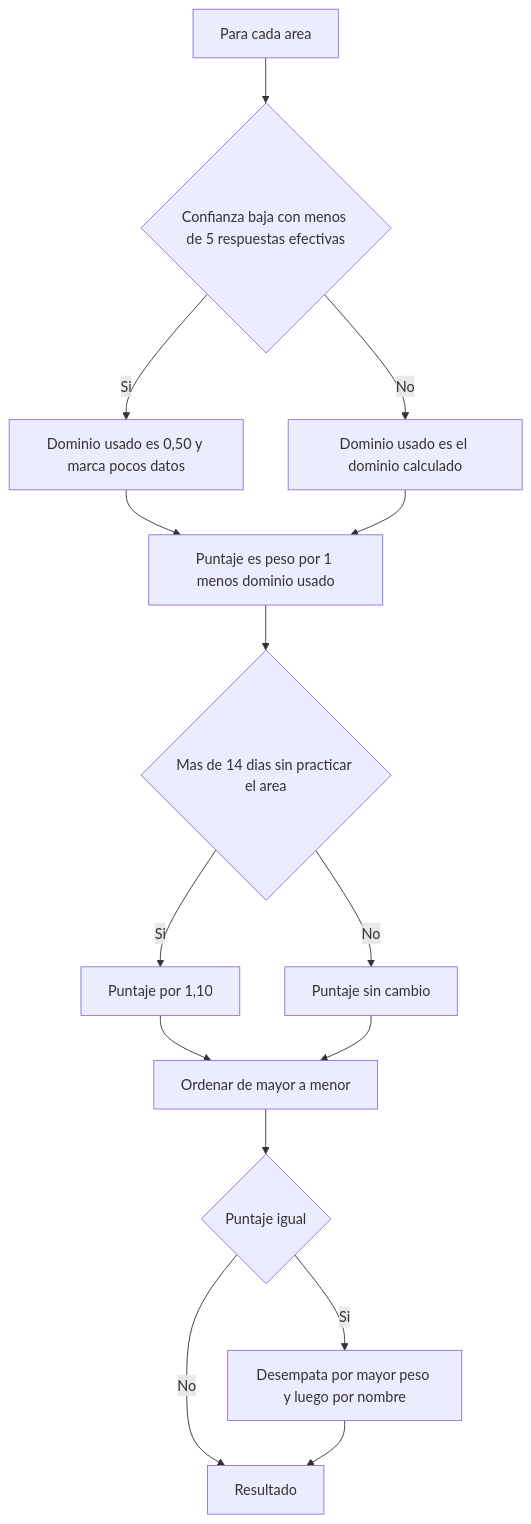
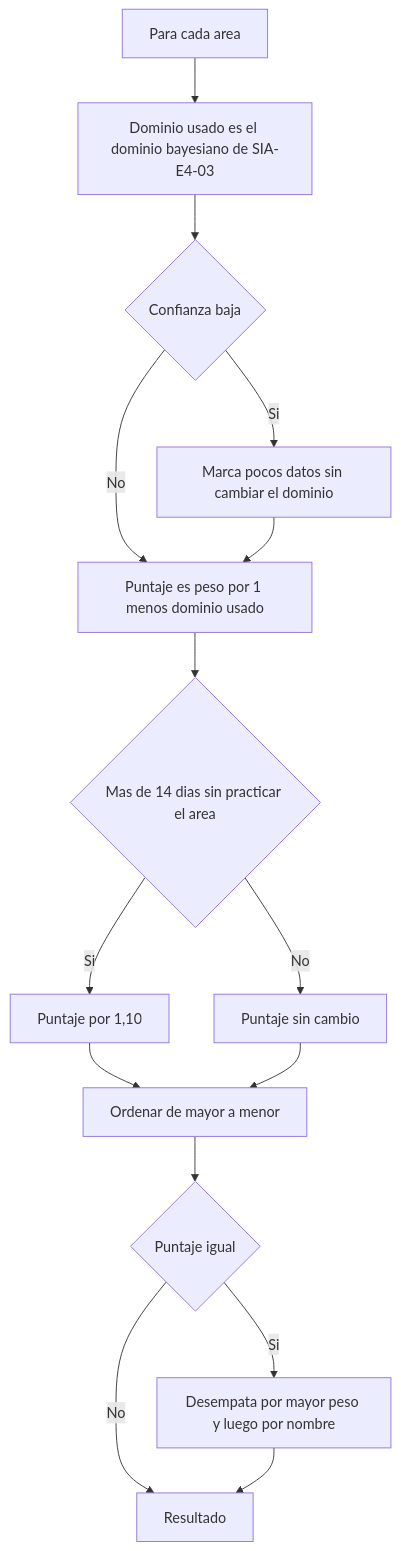
One commit to bacsystem/learning changed the diagram in docs/stories/serums-ia/E5-03-priorizacion-areas.md. Above: the diagram before and after it, drawn with Mermaid. The commit also changed other lines of this file and 11 other files, not shown here.

````diff
--- a/docs/stories/serums-ia/E5-03-priorizacion-areas.md
+++ b/docs/stories/serums-ia/E5-03-priorizacion-areas.md
@@ -19,17 +19,17 @@
 ```mermaid
 flowchart TD
-  A[Para cada area] --> B{Confianza baja con menos de 5 respuestas efectivas}
-  B -- Si --> C[Dominio usado es 0,50 y marca pocos datos]
-  B -- No --> D[Dominio usado es el dominio calculado]
-  C --> E[Puntaje es peso por 1 menos dominio usado]
+  A[Para cada area] --> B[Dominio usado es el dominio bayesiano de SIA-E4-03]
+  B --> C{Confianza baja}
+  C -- Si --> D[Marca pocos datos sin cambiar el dominio]
+  C -- No --> E[Puntaje es peso por 1 menos dominio usado]
   D --> E
   E --> F{Mas de 14 dias sin practicar el area}
   F -- Si --> G[Puntaje por 1,10]
   F -- No --> H[Puntaje sin cambio]
   G --> I[Ordenar de mayor a menor]
   H --> I
   I --> J{Puntaje igual}
   J -- Si --> K[Desempata por mayor peso y luego por nombre]
   J -- No --> L[Resultado]
   K --> L
 ```
````
